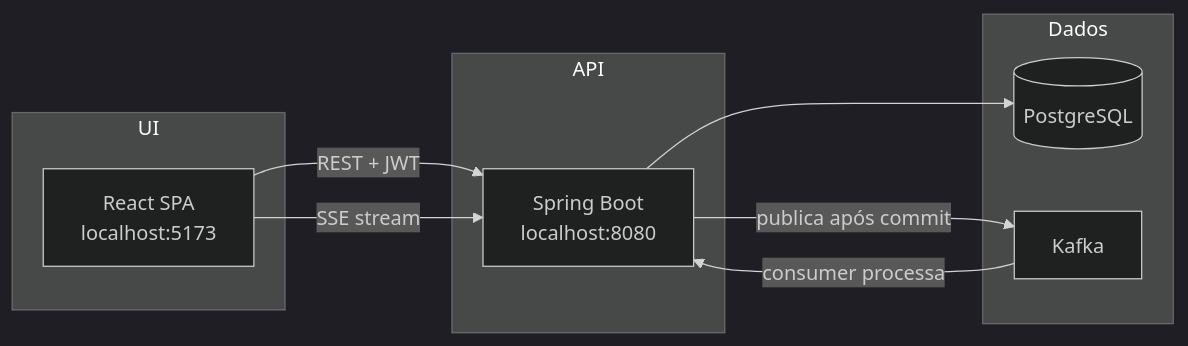
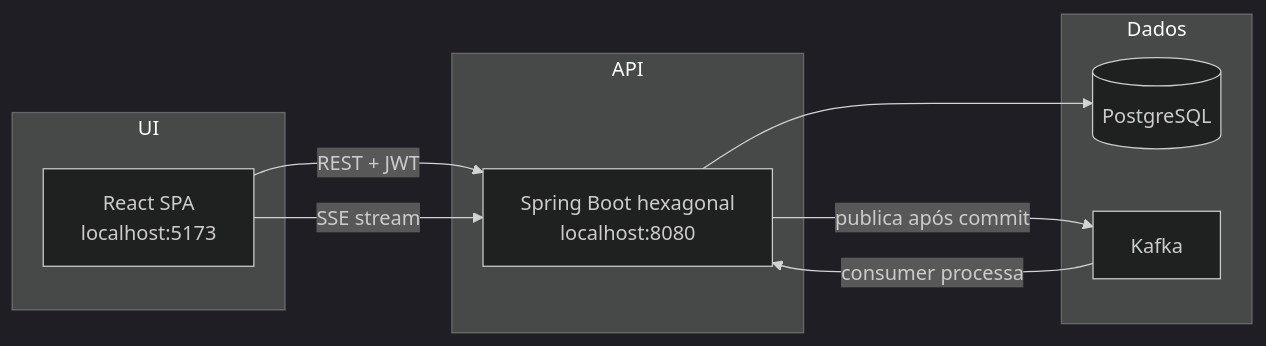
Before and after one commit to karolAlbuquerque/central-lj: the second of 3 diagrams in docs/visao-do-sistema.md, drawn with Mermaid (dark theme). The commit also changed other lines of this file and 197 other files, not shown here.

````diff
--- a/docs/visao-do-sistema.md
+++ b/docs/visao-do-sistema.md
@@ -22,18 +66,18 @@
 ```mermaid
 flowchart LR
   subgraph UI
     A[React SPA<br/>localhost:5173]
   end
   subgraph API
-    B[Spring Boot<br/>localhost:8080]
+    B[Spring Boot hexagonal<br/>localhost:8080]
   end
   subgraph Dados
     C[(PostgreSQL)]
     D[Kafka]
   end
   A -->|REST + JWT| B
   A -->|SSE stream| B
   B --> C
   B -->|publica após commit| D
   D -->|consumer processa| B
 ```
````
